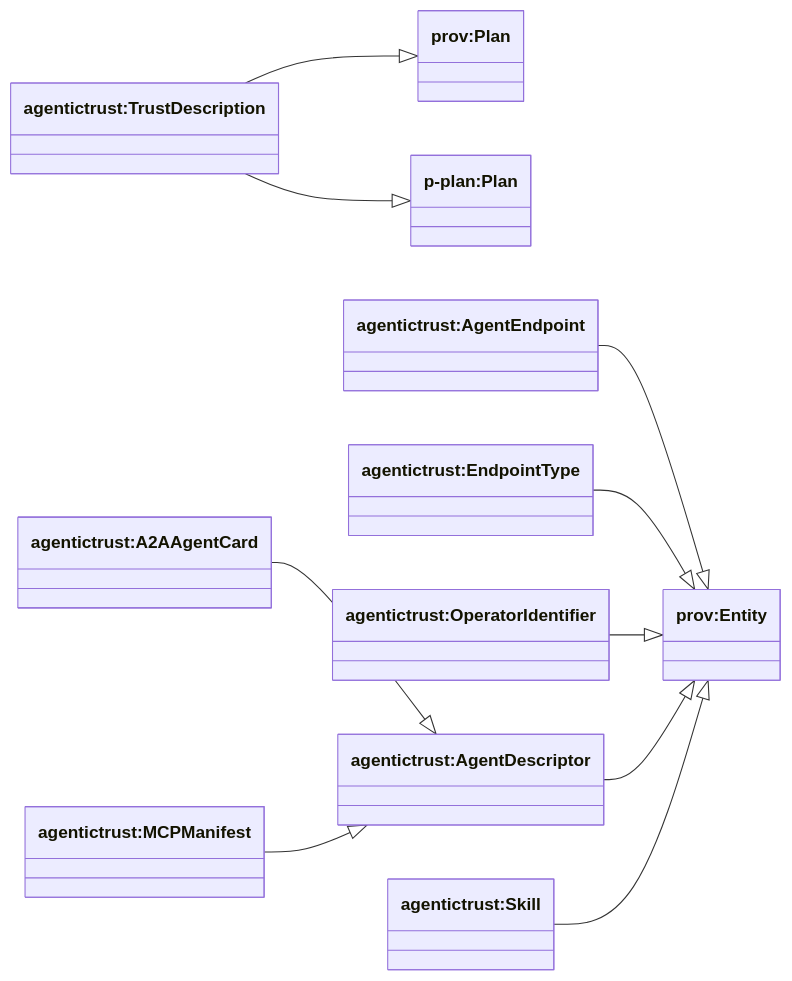
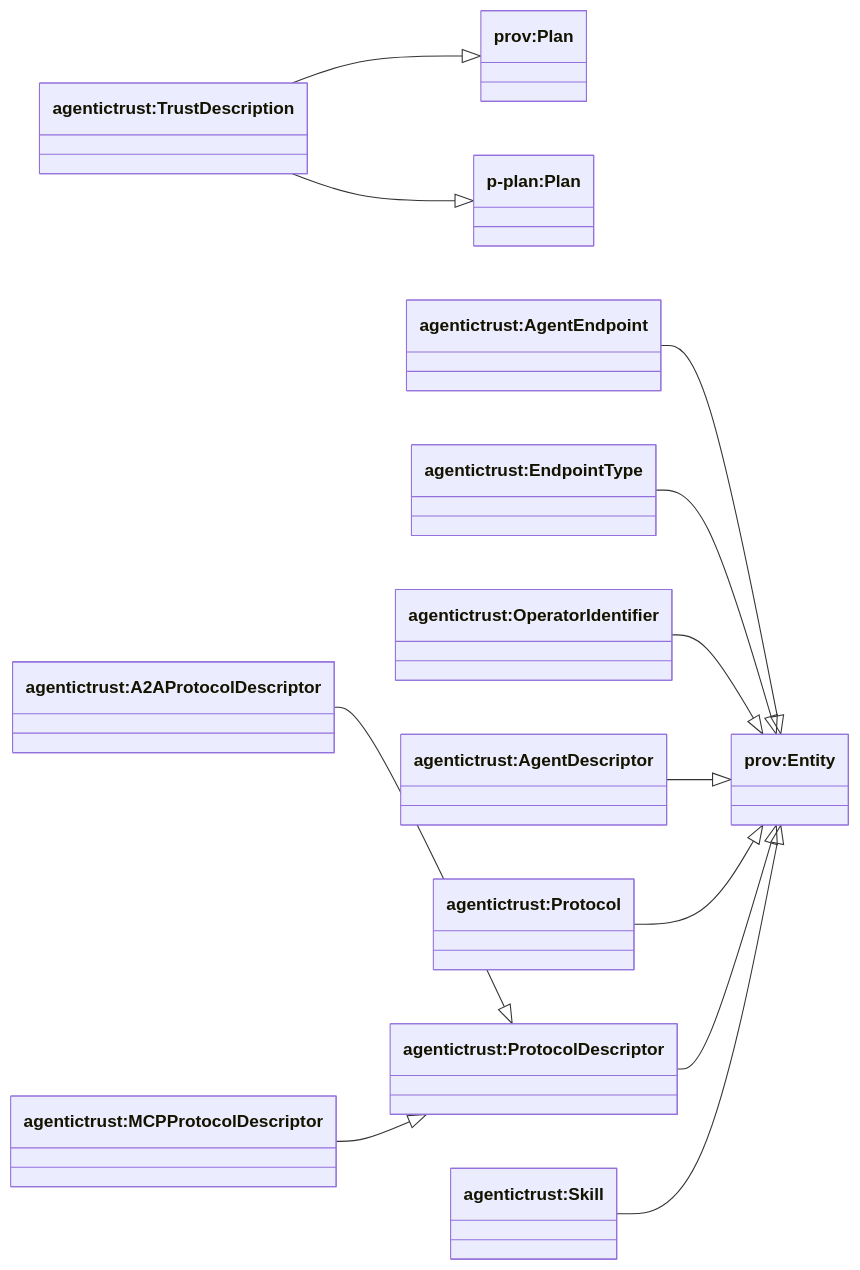
Before and after one commit to Agentic-Trust-Layer/agent-explorer: the first of 2 diagrams in docs/ontology/description.md, drawn with Mermaid. The commit also changed other lines of this file and 33 other files, not shown here.

````diff
--- a/docs/ontology/description.md
+++ b/docs/ontology/description.md
@@ -7,29 +7,33 @@
 ```mermaid
 classDiagram
 direction LR
 
 class provPlan["prov:Plan"]
 class pplanPlan["p-plan:Plan"]
 class provEntity["prov:Entity"]
 
 class TrustDescription["agentictrust:TrustDescription"]
 class AgentEndpoint["agentictrust:AgentEndpoint"]
 class EndpointType["agentictrust:EndpointType"]
 class OperatorIdentifier["agentictrust:OperatorIdentifier"]
 class AgentDescriptor["agentictrust:AgentDescriptor"]
-class A2AAgentCard["agentictrust:A2AAgentCard"]
-class MCPManifest["agentictrust:MCPManifest"]
+class Protocol["agentictrust:Protocol"]
+class ProtocolDescriptor["agentictrust:ProtocolDescriptor"]
+class A2AProtocolDescriptor["agentictrust:A2AProtocolDescriptor"]
+class MCPProtocolDescriptor["agentictrust:MCPProtocolDescriptor"]
 class Skill["agentictrust:Skill"]
 
 TrustDescription --|> provPlan
 TrustDescription --|> pplanPlan
 
 AgentEndpoint --|> provEntity
 EndpointType --|> provEntity
 OperatorIdentifier --|> provEntity
 AgentDescriptor --|> provEntity
+Protocol --|> provEntity
+ProtocolDescriptor --|> provEntity
 Skill --|> provEntity
 
-A2AAgentCard --|> AgentDescriptor
-MCPManifest --|> AgentDescriptor
+A2AProtocolDescriptor --|> ProtocolDescriptor
+MCPProtocolDescriptor --|> ProtocolDescriptor
 ```
````
